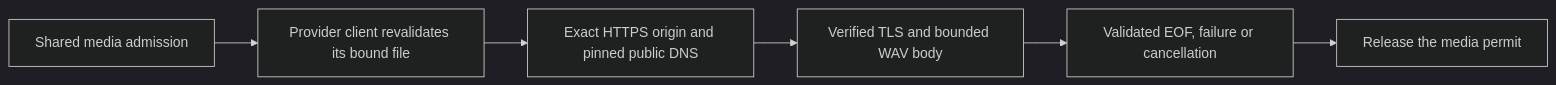
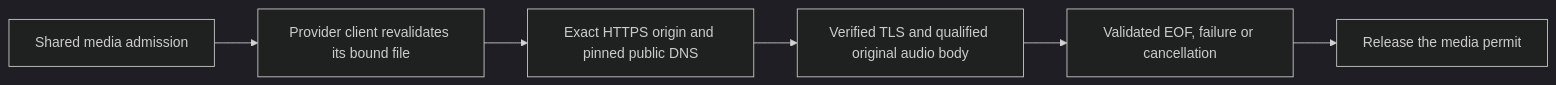
One commit to acidiney/hitoapp changed the second of 5 diagrams in docs/debrid-adapters.md. Above: the diagram before and after it, drawn with Mermaid (dark theme). The commit also changed other lines of this file and 3 other files, not shown here.

````diff
--- a/docs/debrid-adapters.md
+++ b/docs/debrid-adapters.md
@@ -55,8 +65,8 @@
 ```mermaid
 flowchart LR
     Opening[Shared media admission] --> Provider[Provider client revalidates its bound file]
     Provider --> Destination[Exact HTTPS origin and pinned public DNS]
-    Destination --> Body[Verified TLS and bounded WAV body]
+    Destination --> Body[Verified TLS and qualified original audio body]
     Body --> End[Validated EOF, failure or cancellation]
     End --> Release[Release the media permit]
 ```
````
